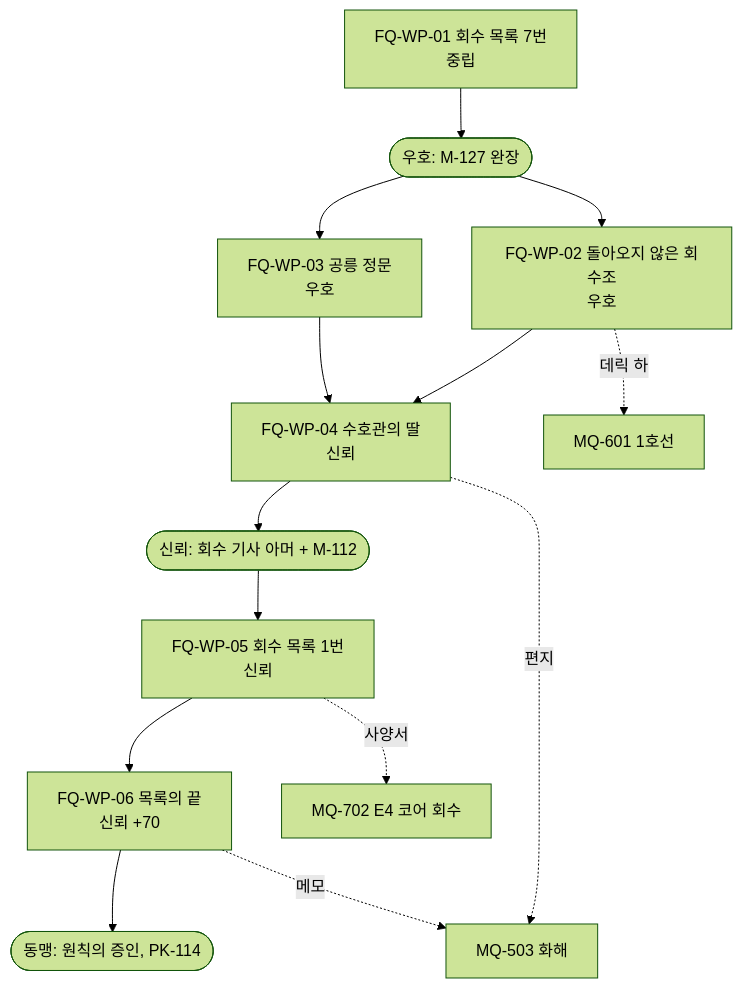
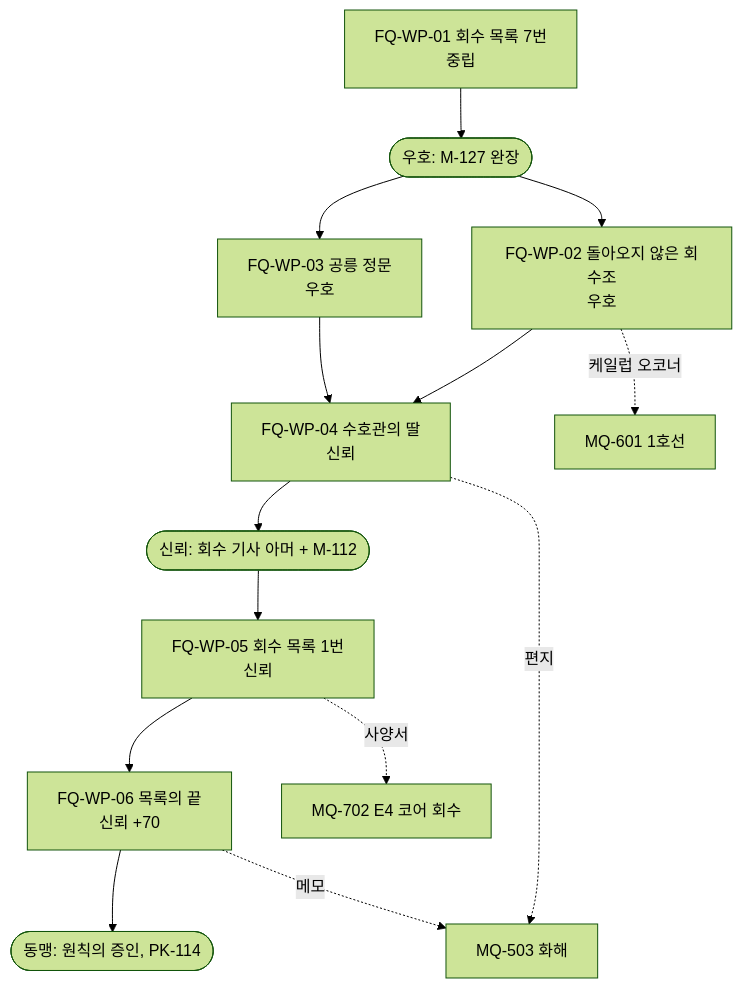
Before and after one commit to forsurvive/003: the fourth of 11 diagrams in docs/seoul-fallout/04d_faction-questlines.md, drawn with Mermaid (forest theme). The commit also changed other lines of this file and 18 other files, not shown here.

````diff
--- a/docs/seoul-fallout/04d_faction-questlines.md
+++ b/docs/seoul-fallout/04d_faction-questlines.md
@@ -573,16 +573,16 @@
 ```mermaid
 flowchart TD
   W1["FQ-WP-01 회수 목록 7번<br/>중립"] --> Q1(["우호: M-127 완장"])
   Q1 --> W2["FQ-WP-02 돌아오지 않은 회수조<br/>우호"]
   Q1 --> W3["FQ-WP-03 공릉 정문<br/>우호"]
   W2 --> W4["FQ-WP-04 수호관의 딸<br/>신뢰"]
   W3 --> W4
   W4 --> Q2(["신뢰: 회수 기사 아머 + M-112"])
   Q2 --> W5["FQ-WP-05 회수 목록 1번<br/>신뢰"]
   W5 --> W6["FQ-WP-06 목록의 끝<br/>신뢰 +70"]
   W6 --> Q3(["동맹: 원칙의 증인, PK-114"])
   W4 -. "편지" .-> M503["MQ-503 화해"]
   W6 -. "메모" .-> M503
   W5 -. "사양서" .-> M702["MQ-702 E4 코어 회수"]
-  W2 -. "데릭 하" .-> M601["MQ-601 1호선"]
+  W2 -. "케일럽 오코너" .-> M601["MQ-601 1호선"]
 ```
````
